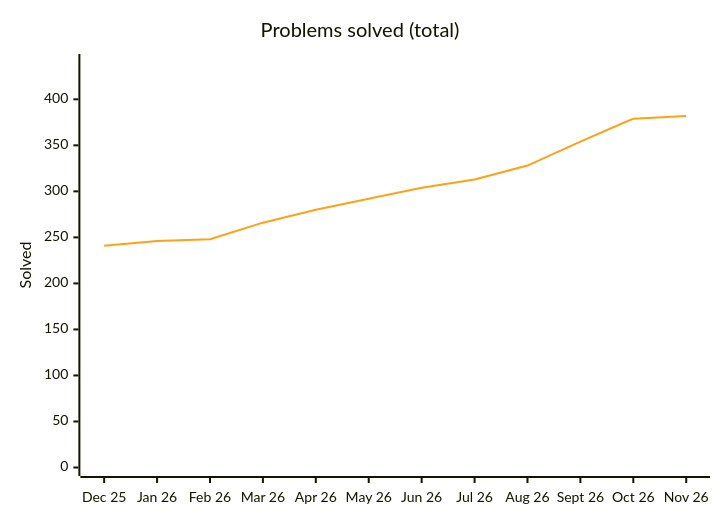
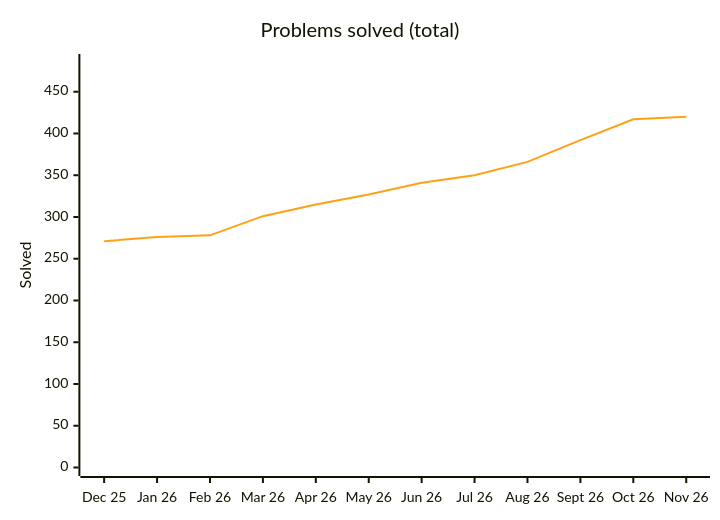
Before and after one commit to Ved-u/Java-DSA: the diagram in README.md, drawn with Mermaid. The commit also changed other lines of this file and 40 other files, not shown here.

````diff
--- a/README.md
+++ b/README.md
@@ -53,8 +53,8 @@
 ```mermaid
 %%{init: {"themeVariables": {"xyChart": {"plotColorPalette": "#ffa116"}}}}%%
 xychart-beta
     title "Problems solved (total)"
     x-axis ["Dec 25", "Jan 26", "Feb 26", "Mar 26", "Apr 26", "May 26", "Jun 26", "Jul 26", "Aug 26", "Sept 26", "Oct 26", "Nov 26"]
-    y-axis "Solved" 0 --> 440
-    line [241, 246, 248, 266, 280, 292, 304, 313, 328, 354, 379, 382]
+    y-axis "Solved" 0 --> 485
+    line [271, 276, 278, 301, 315, 327, 341, 350, 366, 392, 417, 420]
 ```
````
